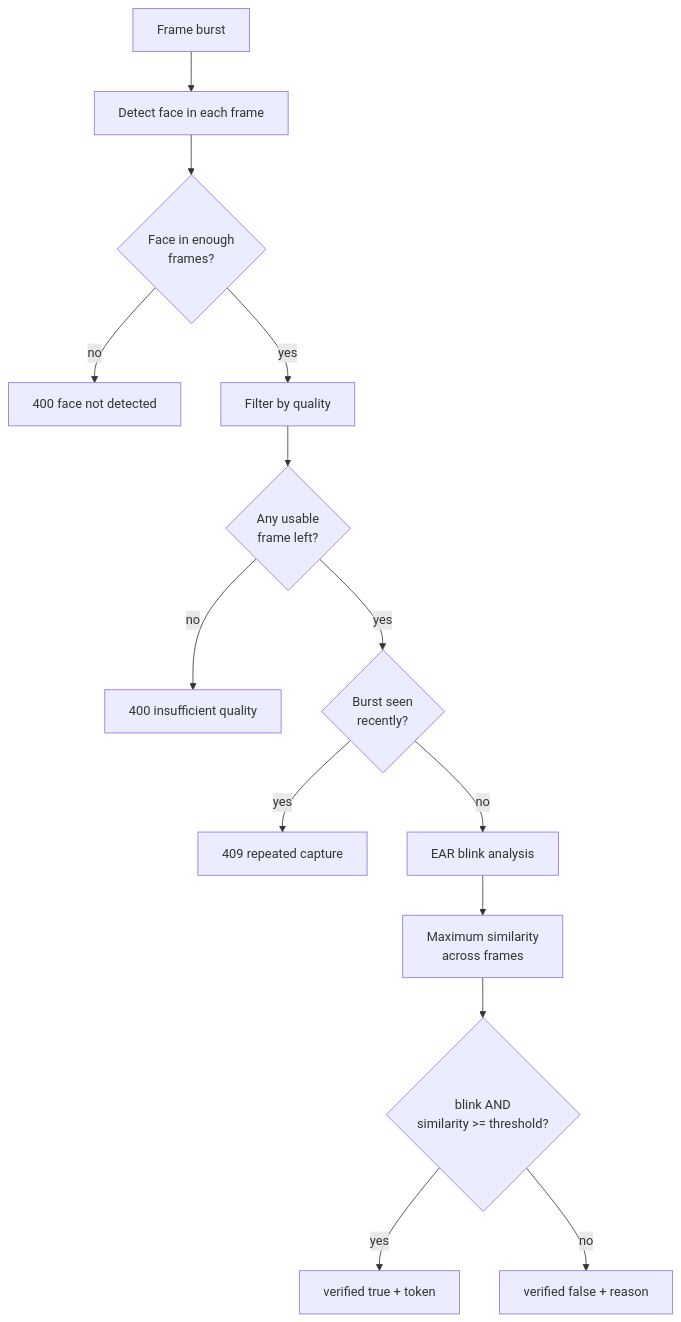
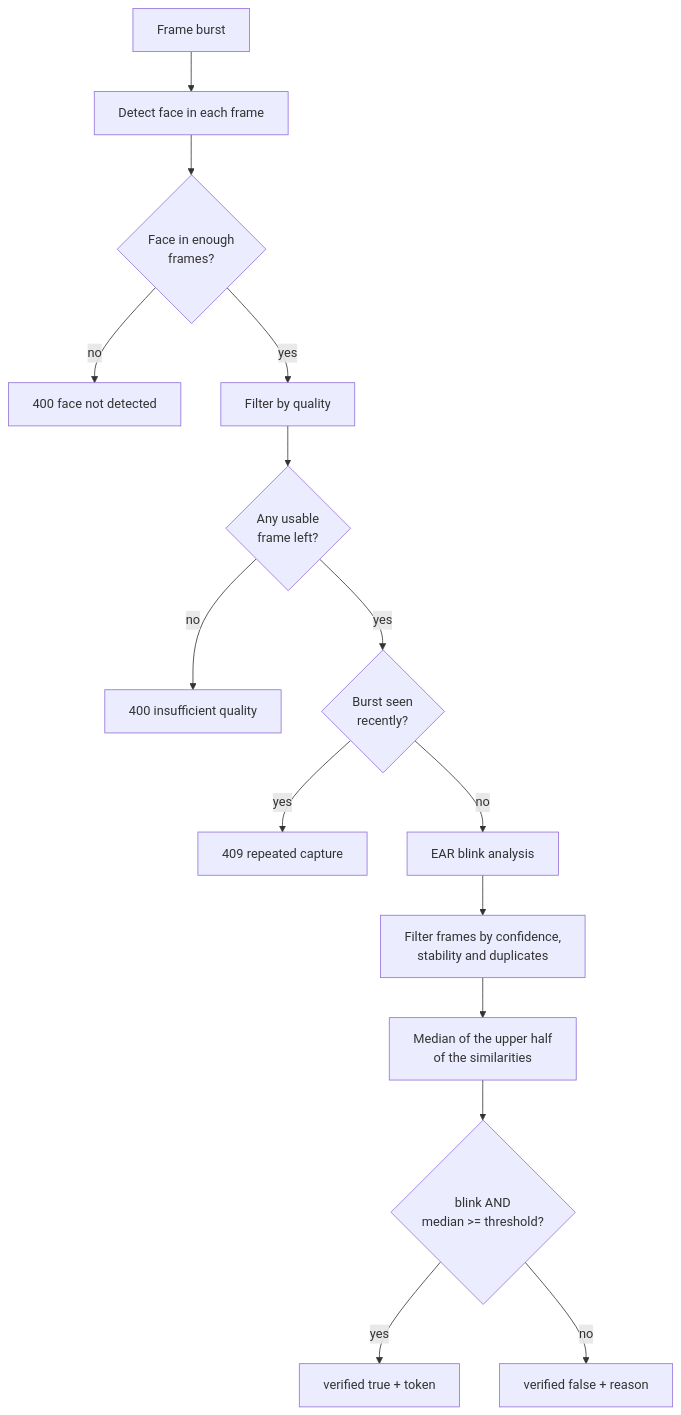
One commit to AIWaveSystems/biometric-service-py changed the second of 2 diagrams in docs/api/rostro.en.md. Above: the diagram before and after it, drawn with Mermaid. The commit also changed other lines of this file and 3 other files, not shown here.

````diff
--- a/docs/api/rostro.en.md
+++ b/docs/api/rostro.en.md
@@ -103,16 +103,17 @@
 ```mermaid
 flowchart TD
     A[Frame burst] --> B[Detect face in each frame]
     B --> C{Face in enough<br/>frames?}
     C -->|no| E1[400 face not detected]
     C -->|yes| D[Filter by quality]
     D --> F{Any usable<br/>frame left?}
     F -->|no| E2[400 insufficient quality]
     F -->|yes| G{Burst seen<br/>recently?}
     G -->|yes| E3[409 repeated capture]
     G -->|no| H[EAR blink analysis]
-    H --> I[Maximum similarity<br/>across frames]
-    I --> J{blink AND<br/>similarity >= threshold?}
-    J -->|yes| K[verified true + token]
-    J -->|no| L[verified false + reason]
+    H --> I[Filter frames by confidence,<br/>stability and duplicates]
+    I --> J[Median of the upper half<br/>of the similarities]
+    J --> K{blink AND<br/>median >= threshold?}
+    K -->|yes| L[verified true + token]
+    K -->|no| M[verified false + reason]
 ```
````
